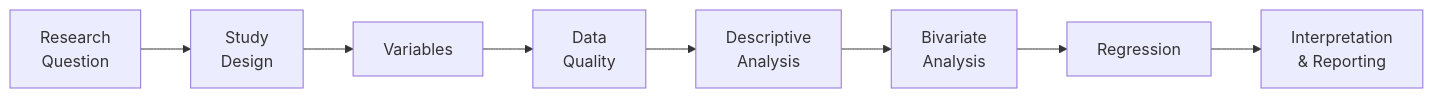
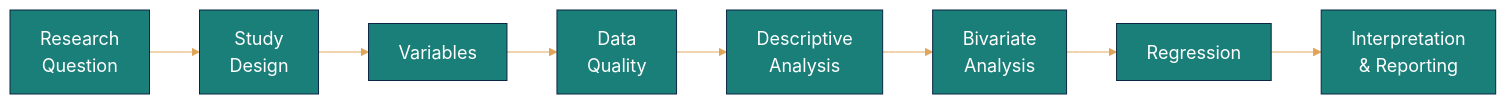
The first of 8 diagrams in index.qmd (stephenbalogun/research-data-analysis-workshop), drawn with Mermaid before and after one commit. The commit also changed other lines of this file and 378 other files, not shown here.

````diff
--- a/index.qmd
+++ b/index.qmd
@@ -176,10 +189,11 @@
 ```{mermaid}
+%%{init: {'theme':'base', 'themeVariables': { 'primaryColor':'#1B7F79','primaryTextColor':'#ffffff','primaryBorderColor':'#0B2545','lineColor':'#E0A458','secondaryColor':'#5B8C5A','tertiaryColor':'#F7F5F0','fontSize':'18px'}}}%%
 flowchart LR
   A[Research<br>Question] --> B[Study<br>Design]
   B --> C[Variables]
   C --> D[Data<br>Quality]
   D --> E[Descriptive<br>Analysis]
   E --> F[Bivariate<br>Analysis]
   F --> G[Regression]
   G --> H[Interpretation<br>& Reporting]
 ```
````
